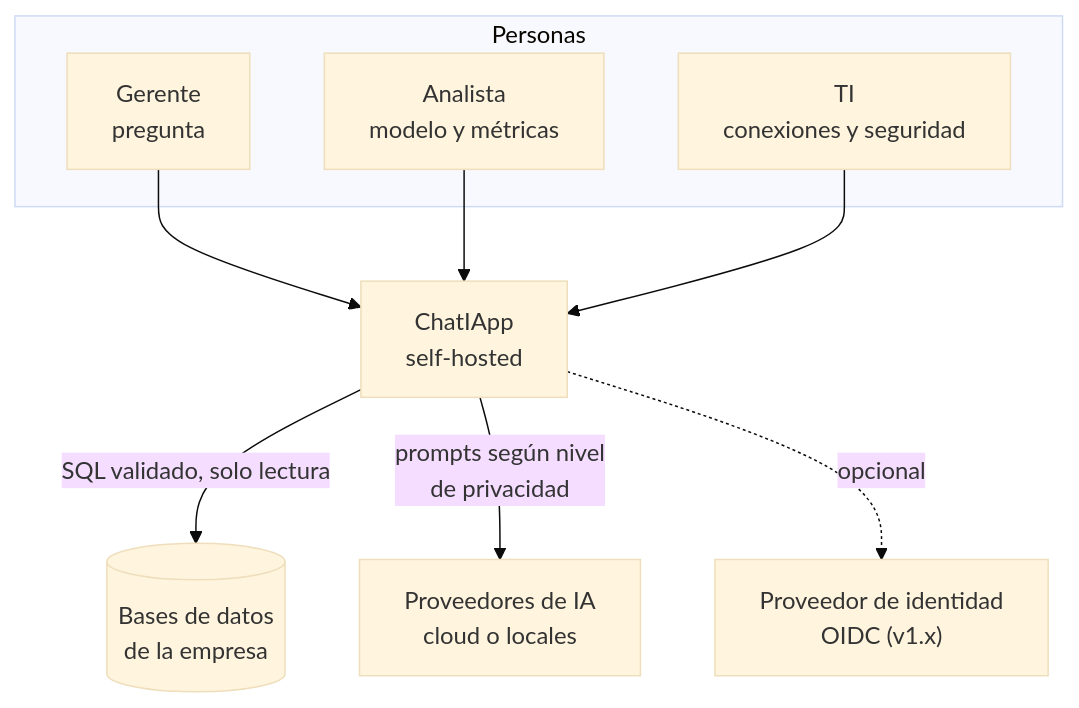
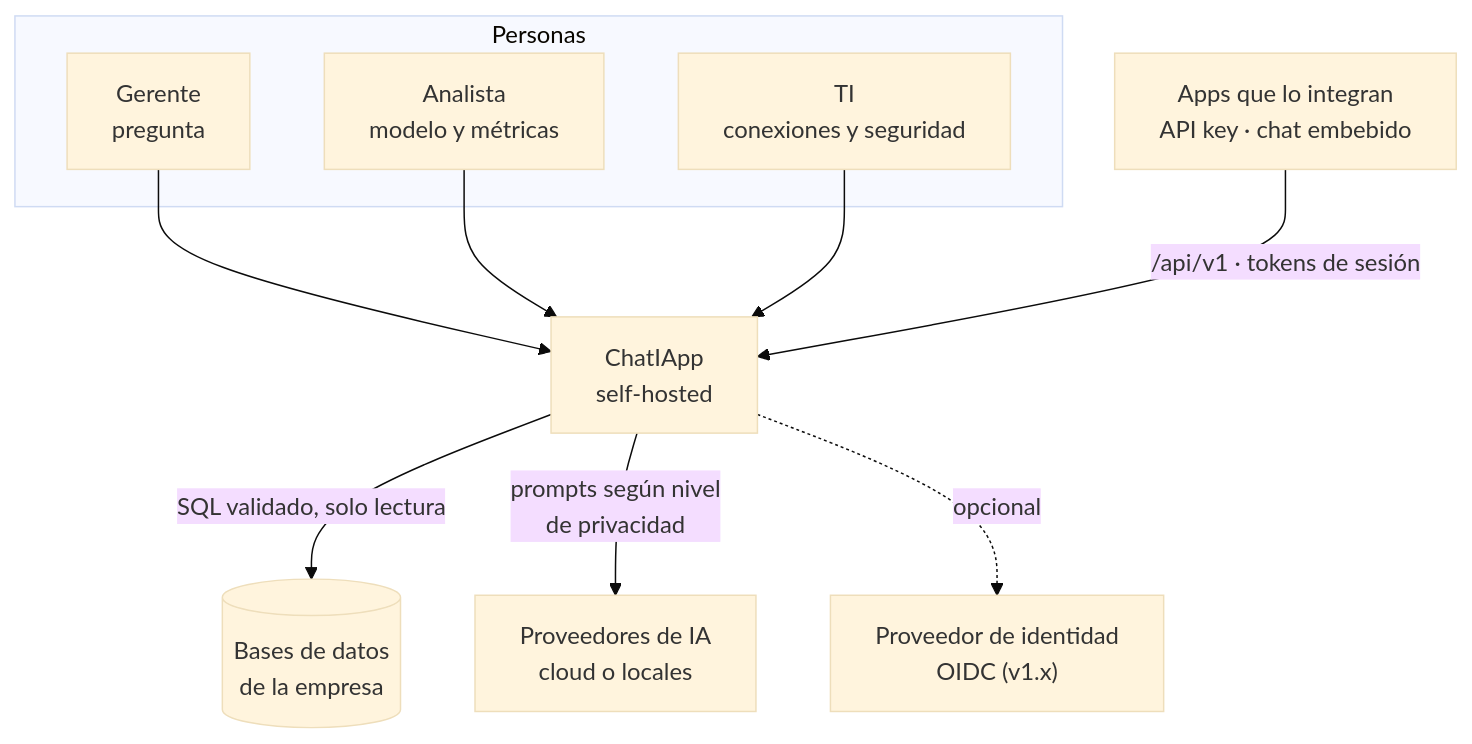
The first of 5 diagrams in docs/ARQUITECTURA.md (jmmana/ChatIApp), drawn with Mermaid (base theme) before and after one commit. The commit also changed other lines of this file and 14 other files, not shown here.

First line of the commit message:
Diseñar la integración de ChatIApp en otras apps y publicar el roadmap

````diff
--- a/docs/ARQUITECTURA.md
+++ b/docs/ARQUITECTURA.md
@@ -17,15 +17,17 @@
 ```mermaid
 flowchart TB
     subgraph Personas
         G["Gerente<br/>pregunta"]
         AN["Analista<br/>modelo y métricas"]
         TI["TI<br/>conexiones y seguridad"]
     end
     CH["ChatIApp<br/>self-hosted"]
+    APP["Apps que lo integran<br/>API key · chat embebido"]
     G --> CH
     AN --> CH
     TI --> CH
+    APP -->|"/api/v1 · tokens de sesión"| CH
     CH -->|"SQL validado, solo lectura"| DB[("Bases de datos<br/>de la empresa")]
     CH -->|"prompts según nivel<br/>de privacidad"| IA["Proveedores de IA<br/>cloud o locales"]
     CH -.->|"opcional"| IDP["Proveedor de identidad<br/>OIDC (v1.x)"]
 ```
````
